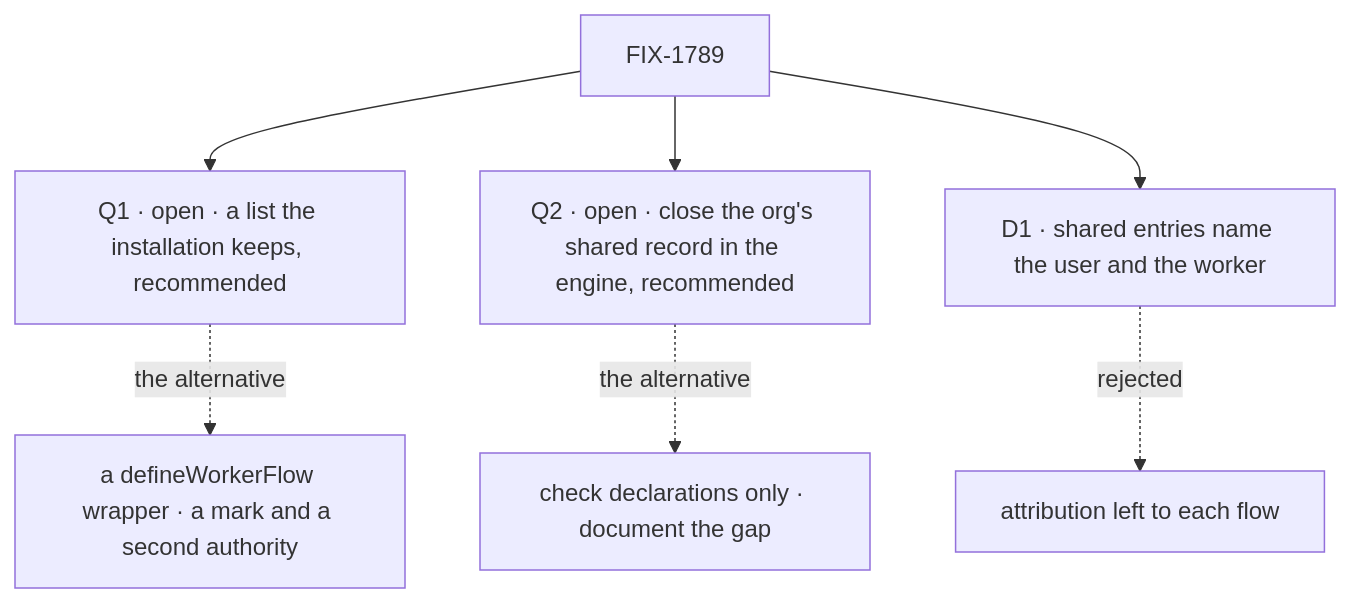
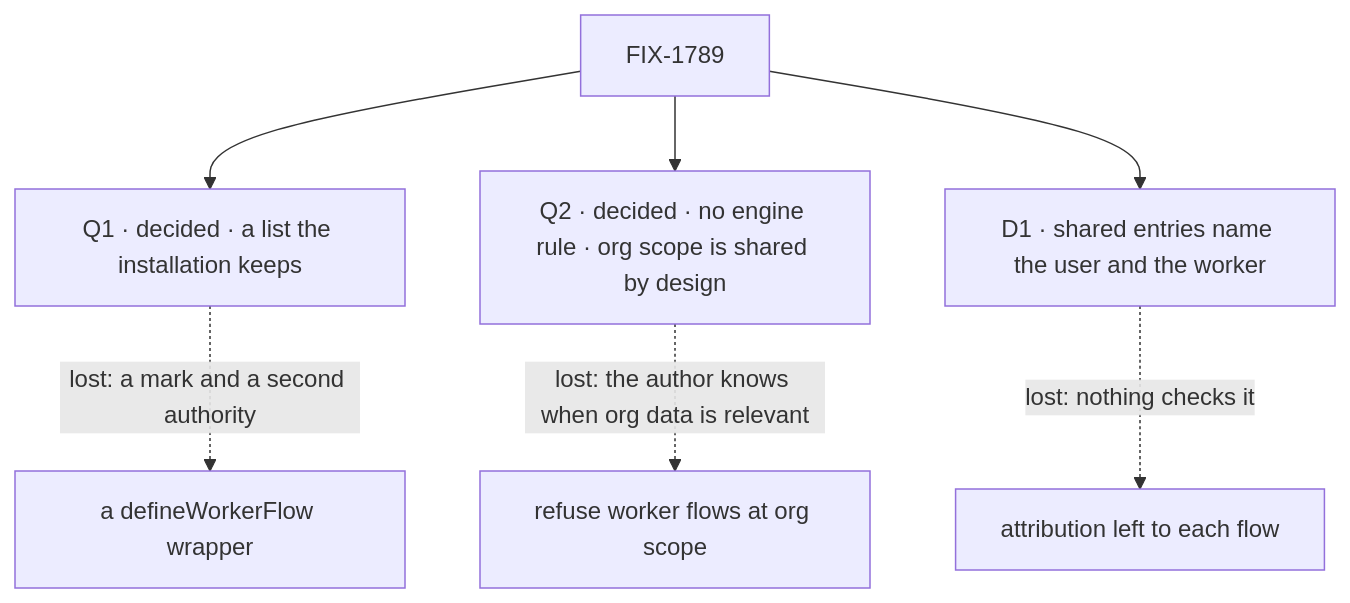
One commit to fixpoint-labs/flow-state-dev changed the diagram in specs/issues/FIX-1789/DECISIONS.md. Above: the diagram before and after it, drawn with Mermaid. The commit also changed other lines of this file and 13 other files, not shown here.

````diff
--- a/specs/issues/FIX-1789/DECISIONS.md
+++ b/specs/issues/FIX-1789/DECISIONS.md
@@ -12,9 +12,9 @@
 ```mermaid
 flowchart TD
-  I["FIX-1789"] --> Q1["Q1 · open · a list the installation keeps, recommended"]
-  Q1 -.->|"the alternative"| X1["a defineWorkerFlow wrapper · a mark and a second authority"]
-  I --> Q2["Q2 · open · close the org's shared record in the engine, recommended"]
-  Q2 -.->|"the alternative"| X2["check declarations only · document the gap"]
+  I["FIX-1789"] --> Q1["Q1 · decided · a list the installation keeps"]
+  Q1 -.->|"lost: a mark and a second authority"| X1["a defineWorkerFlow wrapper"]
+  I --> Q2["Q2 · decided · no engine rule · org scope is shared by design"]
+  Q2 -.->|"lost: the author knows when org data is relevant"| X2["refuse worker flows at org scope"]
   I --> D1["D1 · shared entries name the user and the worker"]
-  D1 -.->|"rejected"| X3["attribution left to each flow"]
+  D1 -.->|"lost: nothing checks it"| X3["attribution left to each flow"]
 ```
````
